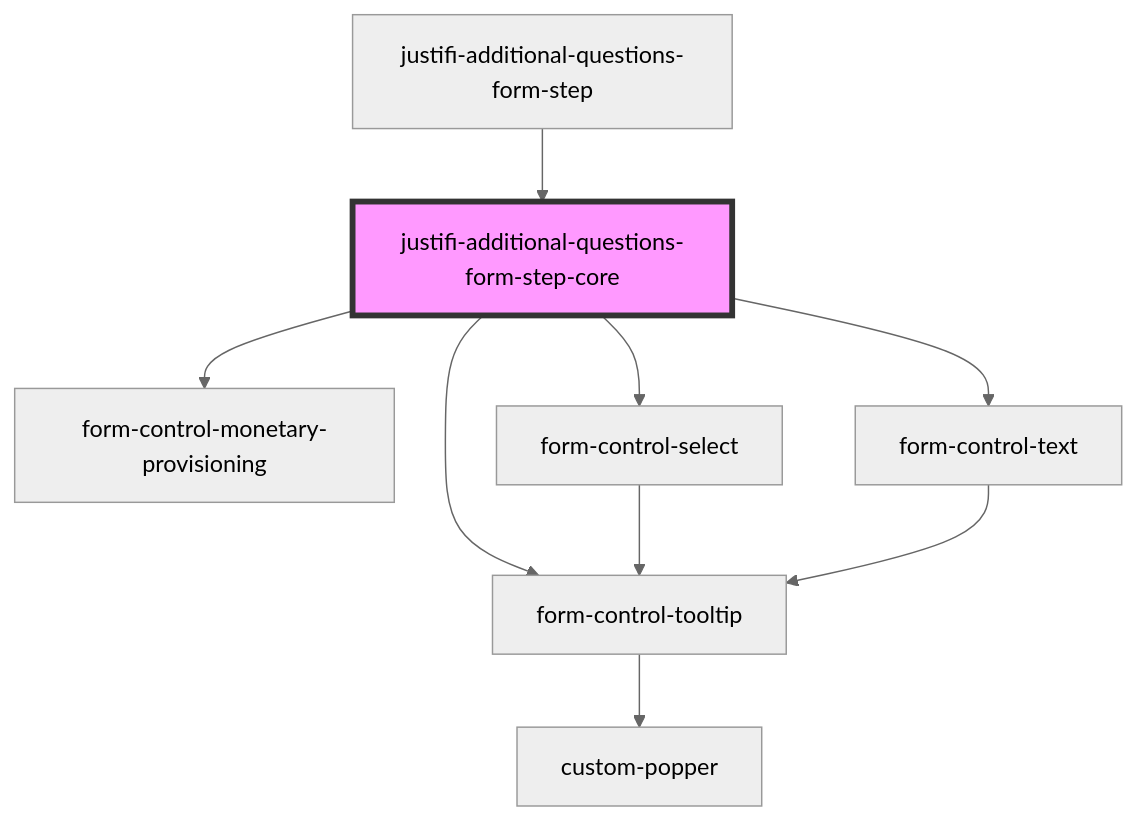
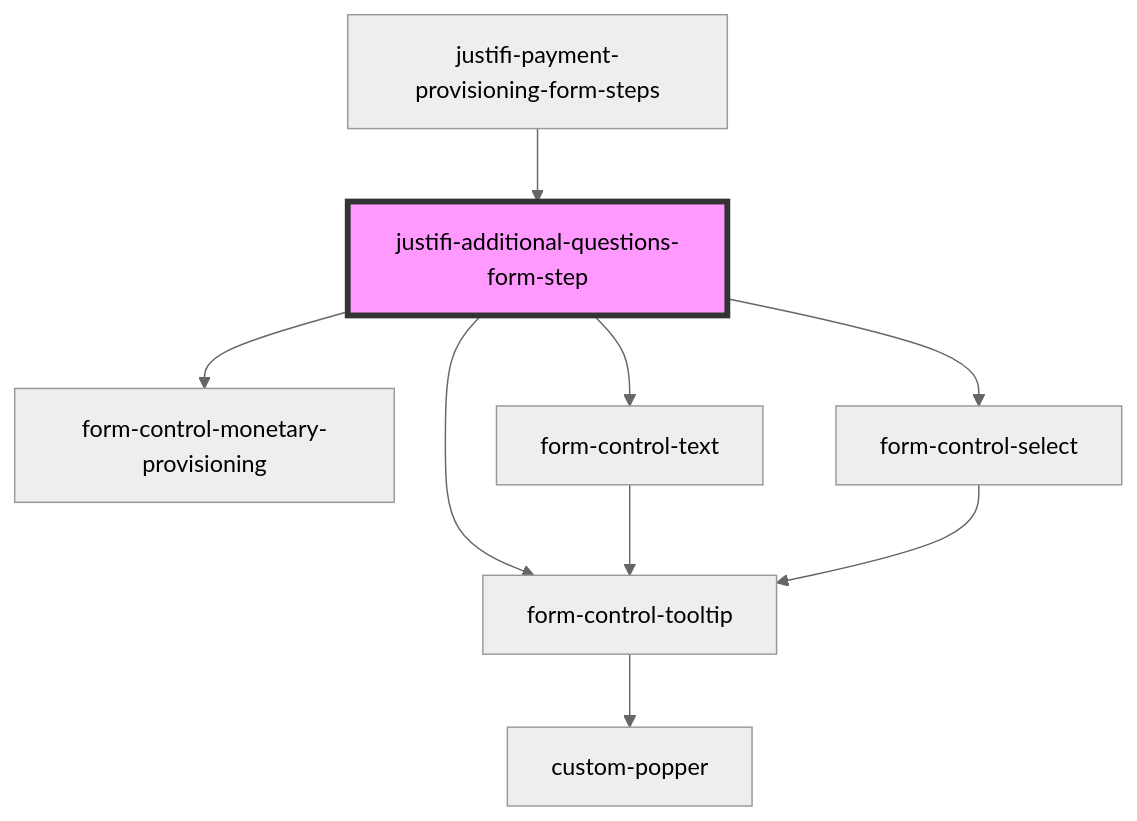
One commit to justifi-tech/web-component-library changed the diagram in packages/webcomponents/src/components/business-forms/payment-provisioning/additional-questions/readme.md. Above: the diagram before and after it, drawn with Mermaid (neutral theme). The commit also changed other lines of this file and 26 other files, not shown here.

````diff
--- a/packages/webcomponents/src/components/business-forms/payment-provisioning/additional-questions/readme.md
+++ b/packages/webcomponents/src/components/business-forms/payment-provisioning/additional-questions/readme.md
@@ -59,12 +59,12 @@
 ```mermaid
 graph TD;
-  justifi-additional-questions-form-step-core --> form-control-tooltip
-  justifi-additional-questions-form-step-core --> form-control-monetary-provisioning
-  justifi-additional-questions-form-step-core --> form-control-select
-  justifi-additional-questions-form-step-core --> form-control-text
+  justifi-additional-questions-form-step --> form-control-tooltip
+  justifi-additional-questions-form-step --> form-control-monetary-provisioning
+  justifi-additional-questions-form-step --> form-control-text
+  justifi-additional-questions-form-step --> form-control-select
   form-control-tooltip --> custom-popper
+  form-control-text --> form-control-tooltip
   form-control-select --> form-control-tooltip
-  form-control-text --> form-control-tooltip
-  justifi-additional-questions-form-step --> justifi-additional-questions-form-step-core
-  style justifi-additional-questions-form-step-core fill:#f9f,stroke:#333,stroke-width:4px
+  justifi-payment-provisioning-form-steps --> justifi-additional-questions-form-step
+  style justifi-additional-questions-form-step fill:#f9f,stroke:#333,stroke-width:4px
 ```
````
